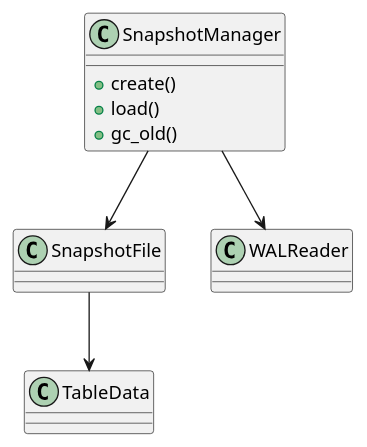
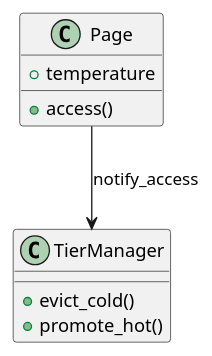
The diagram in Specification/1x12.md (specialistru/Core), drawn with PlantUML before and after one commit. The commit also changed other lines of this file, not shown here.

````diff
--- a/Specification/1x12.md
+++ b/Specification/1x12.md
@@ -90,13 +94,15 @@
 ```plantuml
 @startuml
-class SnapshotManager {
-  +create()
-  +load()
-  +gc_old()
+class Page {
+  +access()
+  +temperature
 }
 
-SnapshotManager --> SnapshotFile
-SnapshotManager --> WALReader
-SnapshotFile --> TableData
+class TierManager {
+  +evict_cold()
+  +promote_hot()
+}
+
+Page --> TierManager : notify_access
 @enduml
 ```
````
